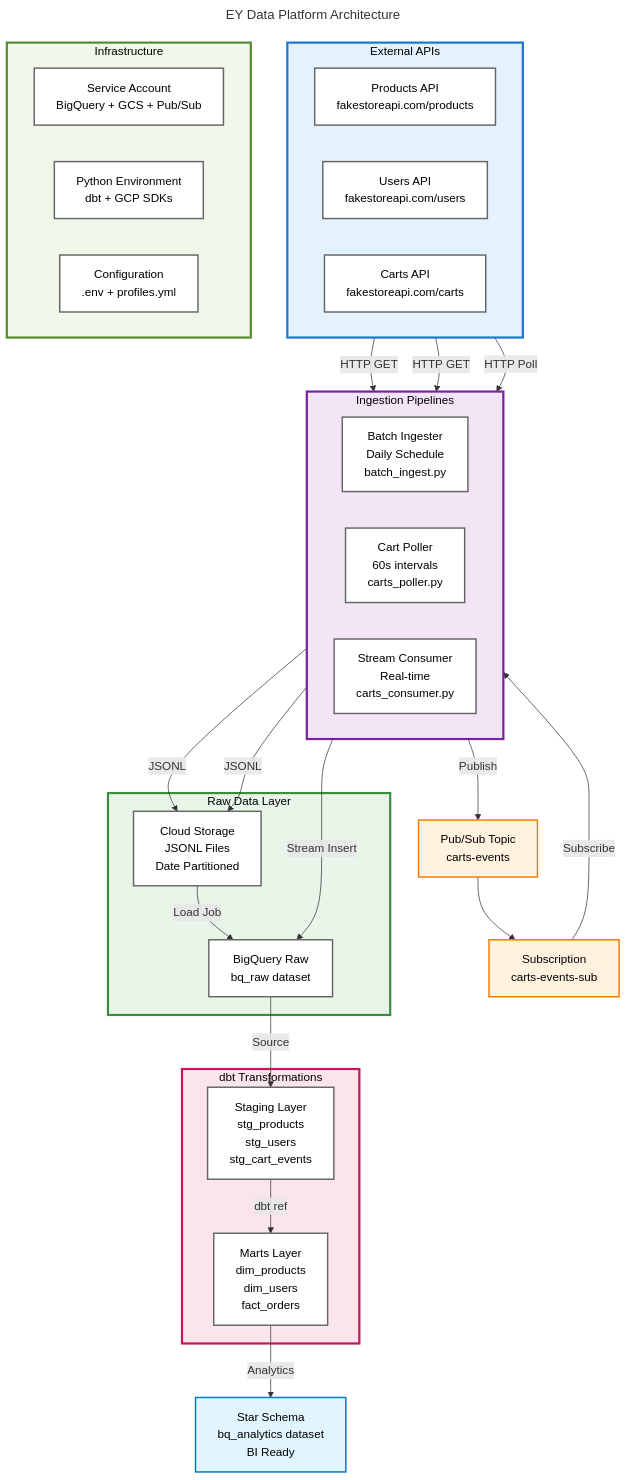
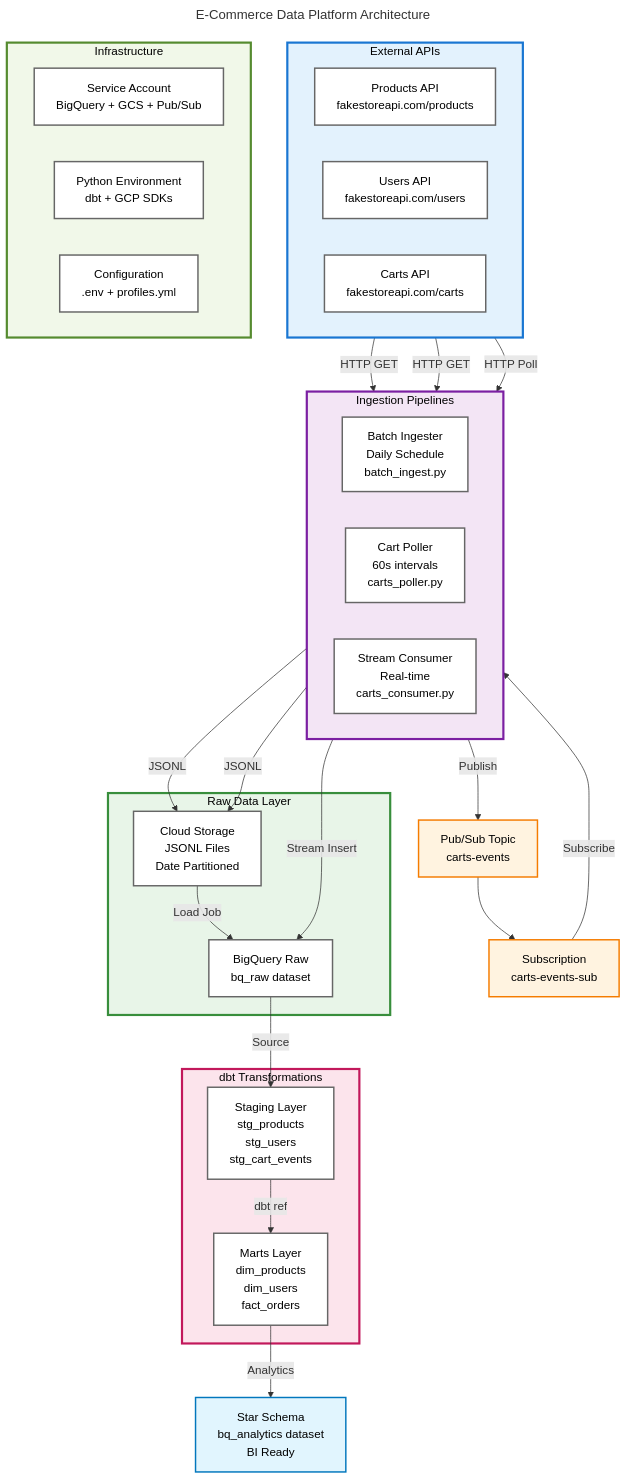
The diagram in docs/architecture.mmd (Yvan-Olivier/e-commerce-data-platform), drawn with Mermaid before and after one commit. The commit also changed 4 other files, not shown here.

```diff
--- a/docs/architecture.mmd
+++ b/docs/architecture.mmd
@@ -1,90 +1,90 @@
 ---
-title: EY Data Platform Architecture
+title: E-Commerce Data Platform Architecture
 ---
 
 graph TD
     %% Data Sources
     subgraph APIS["External APIs"]
         direction LR
         A1[Products API<br/>fakestoreapi.com/products]
         A2[Users API<br/>fakestoreapi.com/users]
         A3[Carts API<br/>fakestoreapi.com/carts]
     end
 
     %% Ingestion Layer
     subgraph INGESTION["Ingestion Pipelines"]
         direction LR
         B1[Batch Ingester<br/>Daily Schedule<br/>batch_ingest.py]
         B2[Cart Poller<br/>60s intervals<br/>carts_poller.py]
         B3[Stream Consumer<br/>Real-time<br/>carts_consumer.py]
     end
 
     %% Message Broker
     C1[Pub/Sub Topic<br/>carts-events]
     C2[Subscription<br/>carts-events-sub]
 
     %% Raw Storage
     subgraph STORAGE["Raw Data Layer"]
         D1[Cloud Storage<br/>JSONL Files<br/>Date Partitioned]
         D2[BigQuery Raw<br/>bq_raw dataset]
     end
 
     %% Transformation Layer
     subgraph TRANSFORM["dbt Transformations"]
         E1[Staging Layer<br/>stg_products<br/>stg_users<br/>stg_cart_events]
         E2[Marts Layer<br/>dim_products<br/>dim_users<br/>fact_orders]
     end
 
     %% Analytics Layer
     F1[Star Schema<br/>bq_analytics dataset<br/>BI Ready]
 
     %% Infrastructure
     subgraph INFRA["Infrastructure"]
         G1[Service Account<br/>BigQuery + GCS + Pub/Sub]
         G2[Python Environment<br/>dbt + GCP SDKs]
         G3[Configuration<br/>.env + profiles.yml]
     end
 
     %% Data Flow - Batch
     A1 -->|HTTP GET| B1
     A2 -->|HTTP GET| B1
     B1 -->|JSONL| D1
     D1 -->|Load Job| D2
 
     %% Data Flow - Streaming
     A3 -->|HTTP Poll| B2
     B2 -->|Publish| C1
     C1 --> C2
     C2 -->|Subscribe| B3
     B3 -->|JSONL| D1
     B3 -->|Stream Insert| D2
 
     %% Data Flow - Transformations
     D2 -->|Source| E1
     E1 -->|dbt ref| E2
     E2 -->|Analytics| F1
 
     %% Styling
     classDef apiStyle fill:#e3f2fd,stroke:#1976d2,stroke-width:3px,color:#000
     classDef ingestStyle fill:#f3e5f5,stroke:#7b1fa2,stroke-width:3px,color:#000
     classDef streamStyle fill:#fff3e0,stroke:#f57c00,stroke-width:2px,color:#000
     classDef storageStyle fill:#e8f5e8,stroke:#388e3c,stroke-width:3px,color:#000
     classDef transformStyle fill:#fce4ec,stroke:#c2185b,stroke-width:3px,color:#000
     classDef analyticsStyle fill:#e1f5fe,stroke:#0277bd,stroke-width:2px,color:#000
     classDef infraStyle fill:#f1f8e9,stroke:#558b2f,stroke-width:3px,color:#000
 
     classDef componentStyle fill:#ffffff,stroke:#666666,stroke-width:2px,color:#000
 
     class APIS apiStyle
     class INGESTION ingestStyle
     class C1,C2 streamStyle
     class STORAGE storageStyle
     class TRANSFORM transformStyle
     class F1 analyticsStyle
     class INFRA infraStyle
 
     class A1,A2,A3 componentStyle
     class B1,B2,B3 componentStyle
     class D1,D2 componentStyle
     class E1,E2 componentStyle
     class G1,G2,G3 componentStyle
```
